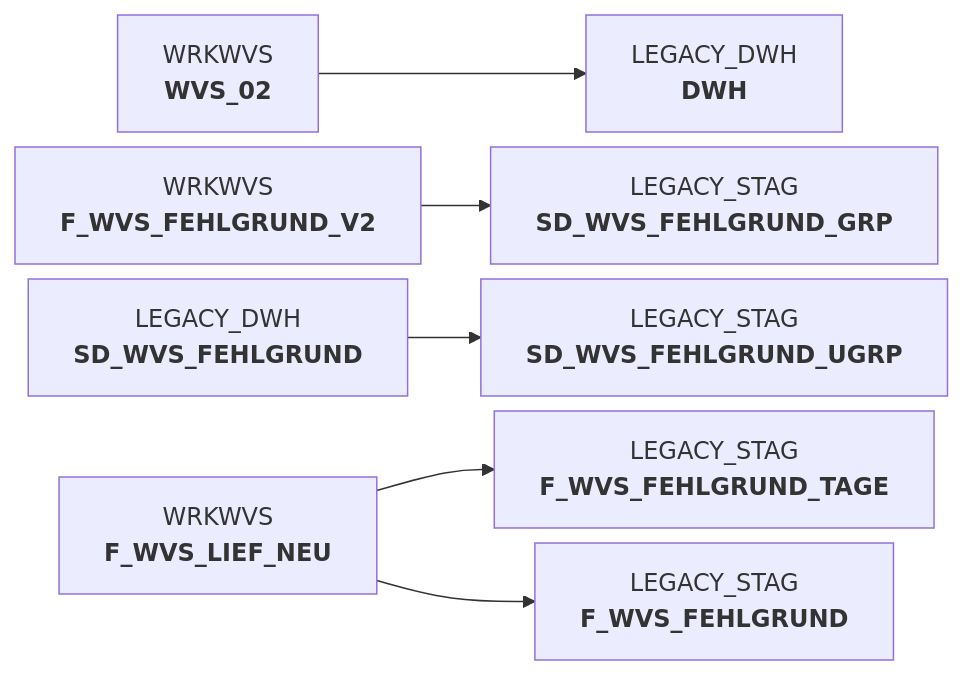
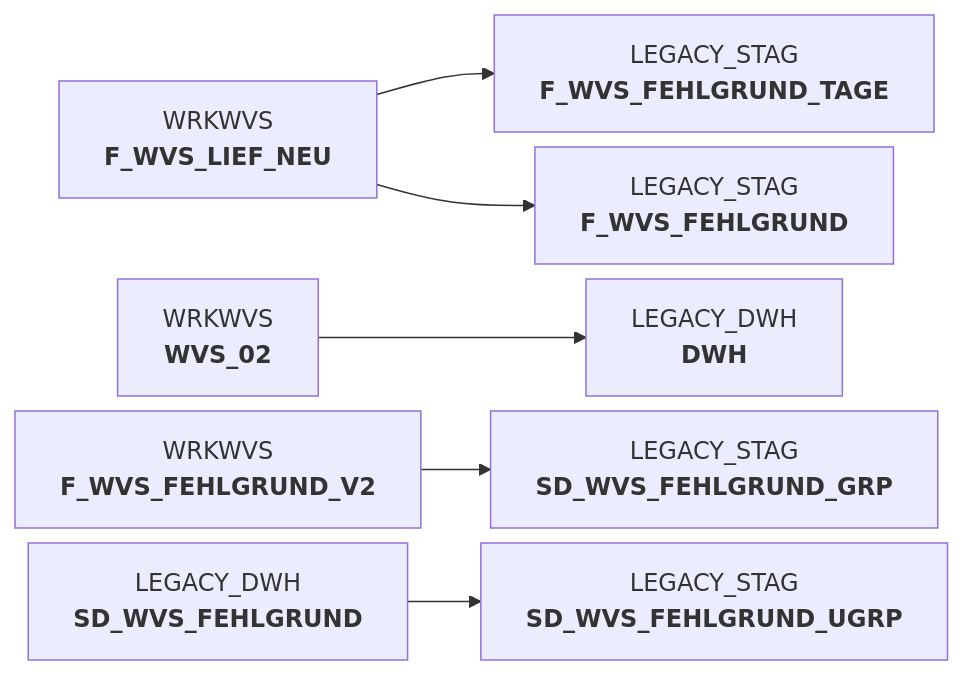
One commit to integration-factory-de/sas_code_docs changed the diagram in docs/Applications/BDWH_SCCWVS/sccwvs_250_wvs_relevant.sas.md. Above: the diagram before and after it, drawn with Mermaid. The commit also changed other lines of this file and 129 other files, not shown here.

````diff
--- a/docs/Applications/BDWH_SCCWVS/sccwvs_250_wvs_relevant.sas.md
+++ b/docs/Applications/BDWH_SCCWVS/sccwvs_250_wvs_relevant.sas.md
@@ -9,20 +42,20 @@
 ```mermaid
 %%{init: {'flowchart': { 'nodeSpacing': 10, 'rankSpacing': 40, 'rankdir': 'TB' }}}%%
 
 flowchart LR
 
+  WRKWVS.F_WVS_LIEF_NEU["WRKWVS<br/><b>F_WVS_LIEF_NEU</b>"] --> LEGACY_STAG.F_WVS_FEHLGRUND_TAGE["LEGACY_STAG<br/><b>F_WVS_FEHLGRUND_TAGE</b>"]
   WRKWVS.WVS_02["WRKWVS<br/><b>WVS_02</b>"] --> LEGACY_DWH.DWH["LEGACY_DWH<br/><b>DWH</b>"]
   WRKWVS.F_WVS_FEHLGRUND_V2["WRKWVS<br/><b>F_WVS_FEHLGRUND_V2</b>"] --> LEGACY_STAG.SD_WVS_FEHLGRUND_GRP["LEGACY_STAG<br/><b>SD_WVS_FEHLGRUND_GRP</b>"]
   LEGACY_DWH.SD_WVS_FEHLGRUND["LEGACY_DWH<br/><b>SD_WVS_FEHLGRUND</b>"] --> LEGACY_STAG.SD_WVS_FEHLGRUND_UGRP["LEGACY_STAG<br/><b>SD_WVS_FEHLGRUND_UGRP</b>"]
-  WRKWVS.F_WVS_LIEF_NEU["WRKWVS<br/><b>F_WVS_LIEF_NEU</b>"] --> LEGACY_STAG.F_WVS_FEHLGRUND_TAGE["LEGACY_STAG<br/><b>F_WVS_FEHLGRUND_TAGE</b>"]
   WRKWVS.F_WVS_LIEF_NEU["WRKWVS<br/><b>F_WVS_LIEF_NEU</b>"] --> LEGACY_STAG.F_WVS_FEHLGRUND["LEGACY_STAG<br/><b>F_WVS_FEHLGRUND</b>"]
+  click WRKWVS.F_WVS_LIEF_NEU "../../tables/WRKWVS/F_WVS_LIEF_NEU"
   click WRKWVS.WVS_02 "../../tables/WRKWVS/WVS_02"
   click WRKWVS.F_WVS_FEHLGRUND_V2 "../../tables/WRKWVS/F_WVS_FEHLGRUND_V2"
   click LEGACY_DWH.SD_WVS_FEHLGRUND "../../tables/LEGACY_DWH/SD_WVS_FEHLGRUND"
-  click WRKWVS.F_WVS_LIEF_NEU "../../tables/WRKWVS/F_WVS_LIEF_NEU"
+  click LEGACY_STAG.F_WVS_FEHLGRUND_TAGE "../../tables/LEGACY_STAG/F_WVS_FEHLGRUND_TAGE"
   click LEGACY_DWH.DWH "../../tables/LEGACY_DWH/DWH"
   click LEGACY_STAG.SD_WVS_FEHLGRUND_GRP "../../tables/LEGACY_STAG/SD_WVS_FEHLGRUND_GRP"
   click LEGACY_STAG.SD_WVS_FEHLGRUND_UGRP "../../tables/LEGACY_STAG/SD_WVS_FEHLGRUND_UGRP"
-  click LEGACY_STAG.F_WVS_FEHLGRUND_TAGE "../../tables/LEGACY_STAG/F_WVS_FEHLGRUND_TAGE"
   click LEGACY_STAG.F_WVS_FEHLGRUND "../../tables/LEGACY_STAG/F_WVS_FEHLGRUND"
 ```
````
